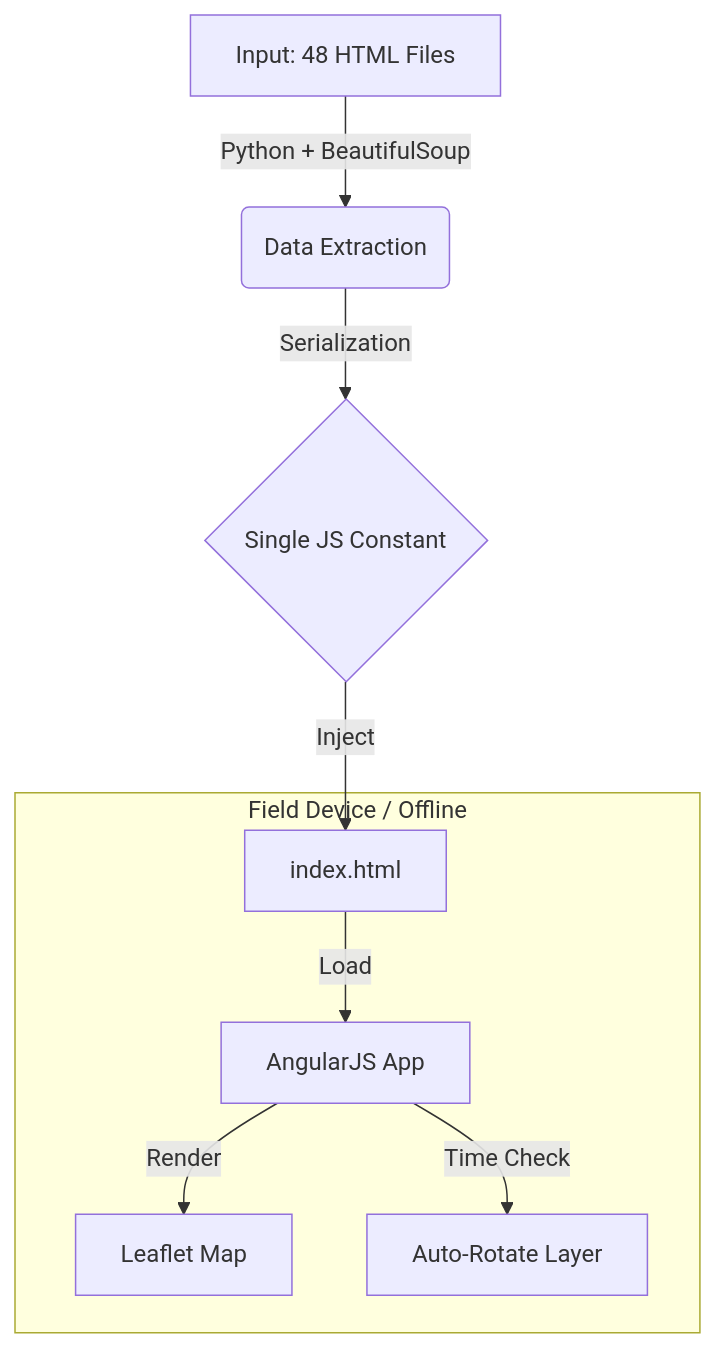
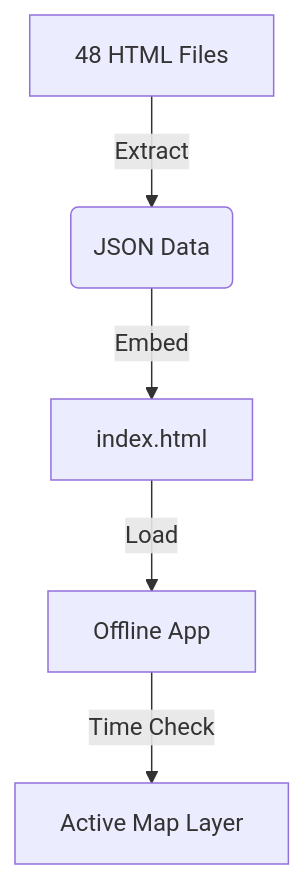
The diagram in README.md (dugann/gis-field-maps), drawn with Mermaid before and after one commit.

Commit message:
Revise flowchart for data processing steps
Updated the flowchart in the README to reflect changes in data extraction and embedding process.

````diff
--- a/README.md
+++ b/README.md
@@ -13,12 +13,7 @@
 ```mermaid
 graph TD
-    A[Input: 48 HTML Files] -->|Python + BeautifulSoup| B(Data Extraction)
-    B -->|Serialization| C{Single JS Constant}
-    C -->|Inject| D[index.html]
-    
-    subgraph Client Device [Field Device / Offline]
-        D -->|Load| E[AngularJS App]
-        E -->|Render| F[Leaflet Map]
-        E -->|Time Check| G[Auto-Rotate Layer]
-    end
+    A[48 HTML Files] -->|Extract| B(JSON Data)
+    B -->|Embed| C[index.html]
+    C -->|Load| D[Offline App]
+    D -->|Time Check| E[Active Map Layer]
 ```
````
